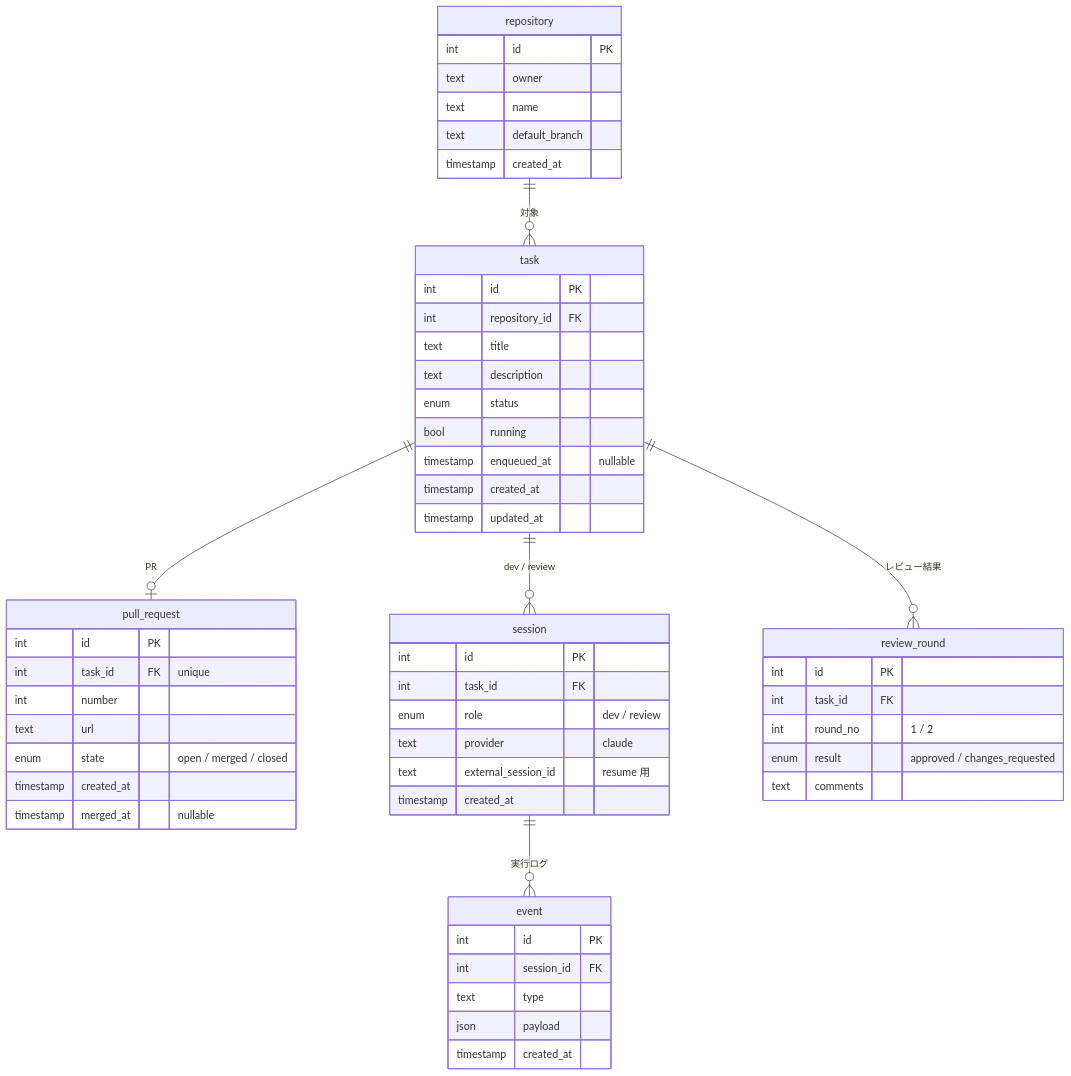
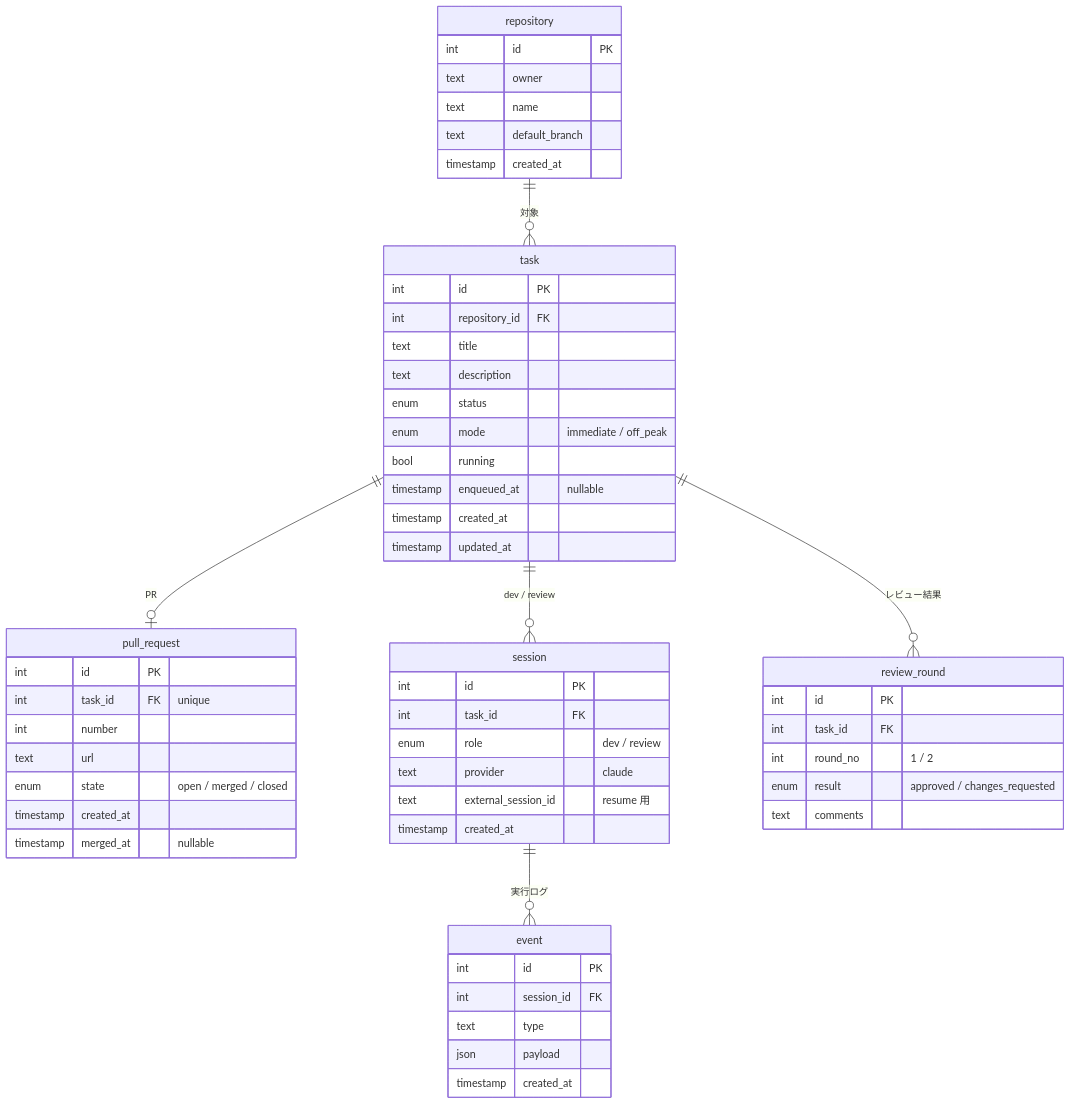
The diagram in docs/design.md (Satoru314/Kobo-13900K), drawn with Mermaid before and after one commit. The commit also changed other lines of this file, not shown here.

Commit message:
Add task execution mode (immediate / off_peak)

````diff
--- a/docs/design.md
+++ b/docs/design.md
@@ -82,58 +86,59 @@
 ```mermaid
 erDiagram
   repository ||--o{ task : "対象"
   task ||--o| pull_request : "PR"
   task ||--o{ session : "dev / review"
   task ||--o{ review_round : "レビュー結果"
   session ||--o{ event : "実行ログ"
 
   repository {
     int id PK
     text owner
     text name
     text default_branch
     timestamp created_at
   }
   task {
     int id PK
     int repository_id FK
     text title
     text description
     enum status
+    enum mode "immediate / off_peak"
     bool running
     timestamp enqueued_at "nullable"
     timestamp created_at
     timestamp updated_at
   }
   pull_request {
     int id PK
     int task_id FK "unique"
     int number
     text url
     enum state "open / merged / closed"
     timestamp created_at
     timestamp merged_at "nullable"
   }
   session {
     int id PK
     int task_id FK
     enum role "dev / review"
     text provider "claude"
     text external_session_id "resume 用"
     timestamp created_at
   }
   review_round {
     int id PK
     int task_id FK
     int round_no "1 / 2"
     enum result "approved / changes_requested"
     text comments
   }
   event {
     int id PK
     int session_id FK
     text type
     json payload
     timestamp created_at
   }
 ```
````
